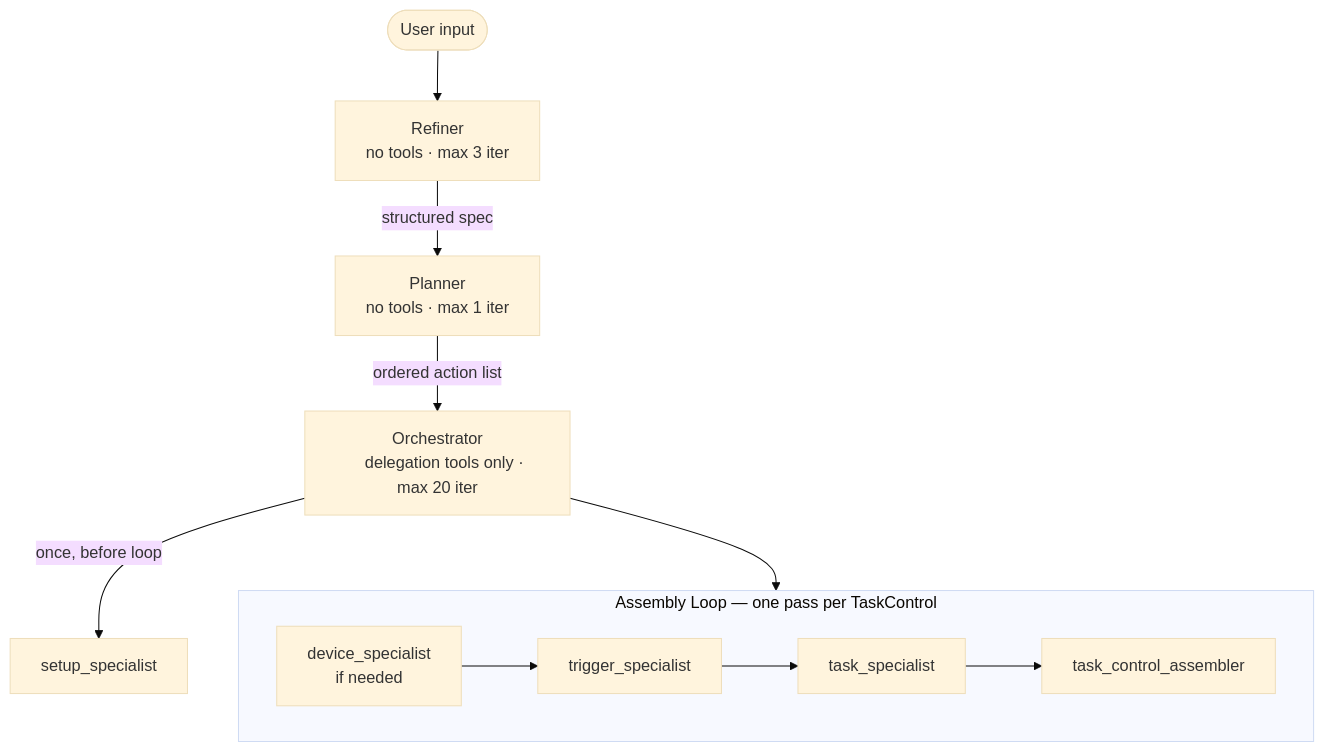
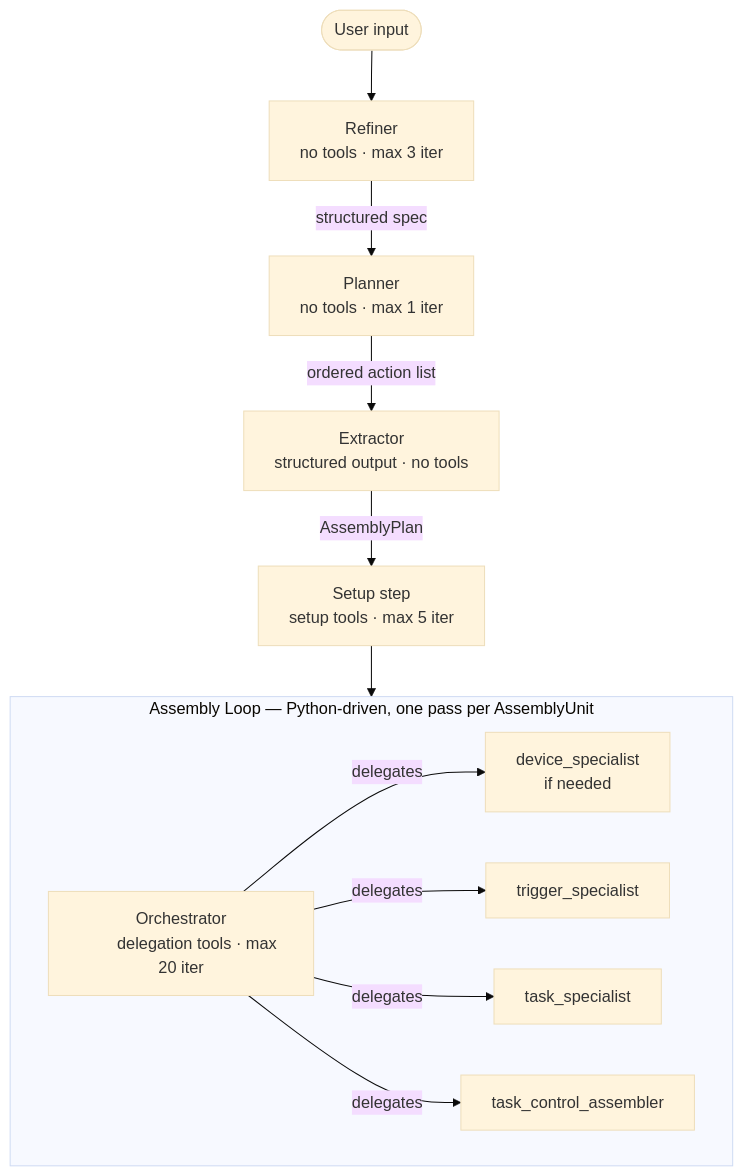
The first of 3 diagrams in docs/design/workflow_layer/one_shot_llm.md (Congiuntivo/cams-nli-engine), drawn with Mermaid (base theme) before and after one commit. The commit also changed other lines of this file and 12 other files, not shown here.

Commit message:
feat: add extraction step and per-unit orchestrator loop

````diff
--- a/docs/design/workflow_layer/one_shot_llm.md
+++ b/docs/design/workflow_layer/one_shot_llm.md
@@ -10,28 +10,34 @@
 ```mermaid
 flowchart TD
     U([User input])
     R["Refiner
     no tools · max 3 iter"]
     P["Planner
     no tools · max 1 iter"]
-    O["Orchestrator
-    delegation tools only · max 20 iter"]
-    SS[setup_specialist]
+    E["Extractor
+    structured output · no tools"]
+    S["Setup step
+    setup tools · max 5 iter"]
 
     U --> R
     R -->|structured spec| P
-    P -->|ordered action list| O
-    O -->|"once, before loop"| SS
+    P -->|ordered action list| E
+    E -->|AssemblyPlan| S
 
-    subgraph AU["Assembly Loop — one pass per TaskControl"]
+    subgraph AU["Assembly Loop — Python-driven, one pass per AssemblyUnit"]
         direction LR
+        O["Orchestrator
+        delegation tools · max 20 iter"]
         DS[device_specialist
         if needed]
         TS[trigger_specialist]
         TAS[task_specialist]
         TCA[task_control_assembler]
-        DS --> TS --> TAS --> TCA
+        O -->|delegates| DS
+        O -->|delegates| TS
+        O -->|delegates| TAS
+        O -->|delegates| TCA
     end
 
-    O --> AU
+    S --> AU
 ```
````
